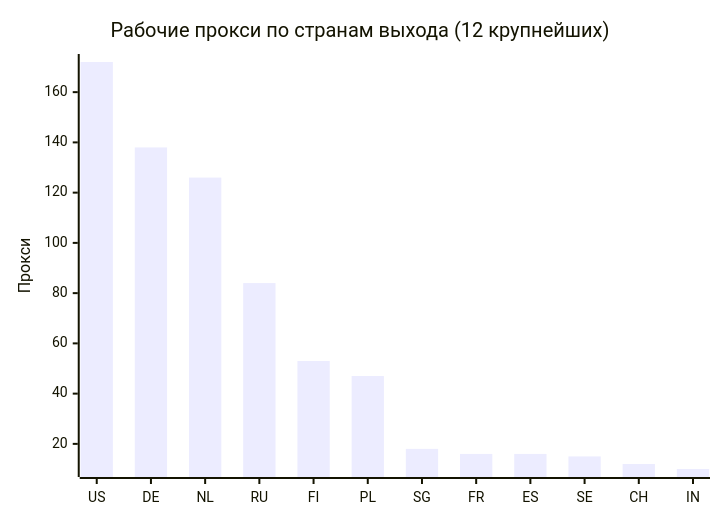
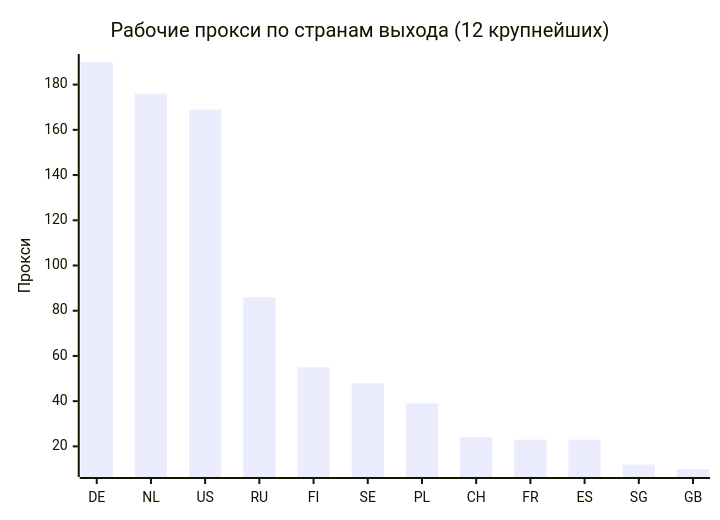
Before and after one commit to rvvg/proxy-subs: the second of 4 diagrams in README.md, drawn with Mermaid. The commit also changed other lines of this file and 49 other files, not shown here.

````diff
--- a/README.md
+++ b/README.md
@@ -130,7 +132,7 @@
 ```mermaid
 xychart-beta
     title "Рабочие прокси по странам выхода (12 крупнейших)"
-    x-axis ["US", "DE", "NL", "RU", "FI", "PL", "SG", "FR", "ES", "SE", "CH", "IN"]
+    x-axis ["DE", "NL", "US", "RU", "FI", "SE", "PL", "CH", "FR", "ES", "SG", "GB"]
     y-axis "Прокси"
-    bar [172, 138, 126, 84, 53, 47, 18, 16, 16, 15, 12, 10]
+    bar [190, 176, 169, 86, 55, 48, 39, 24, 23, 23, 12, 10]
 ```
````
